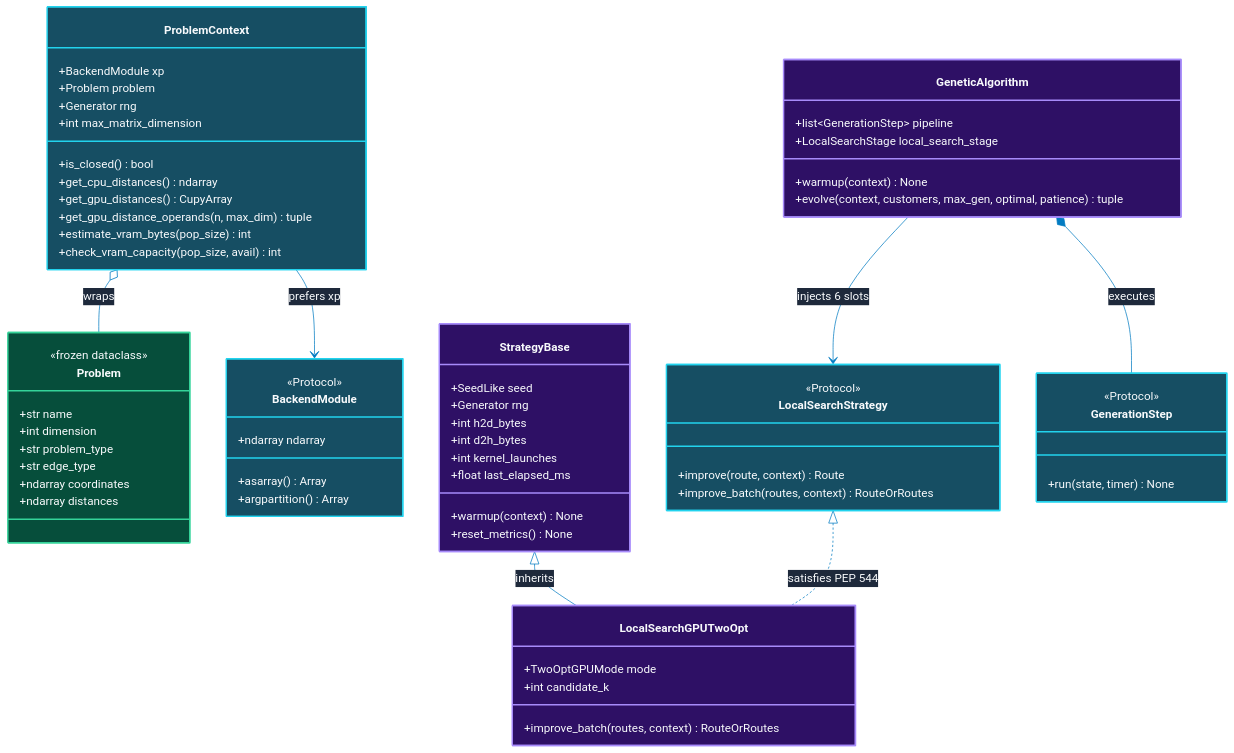
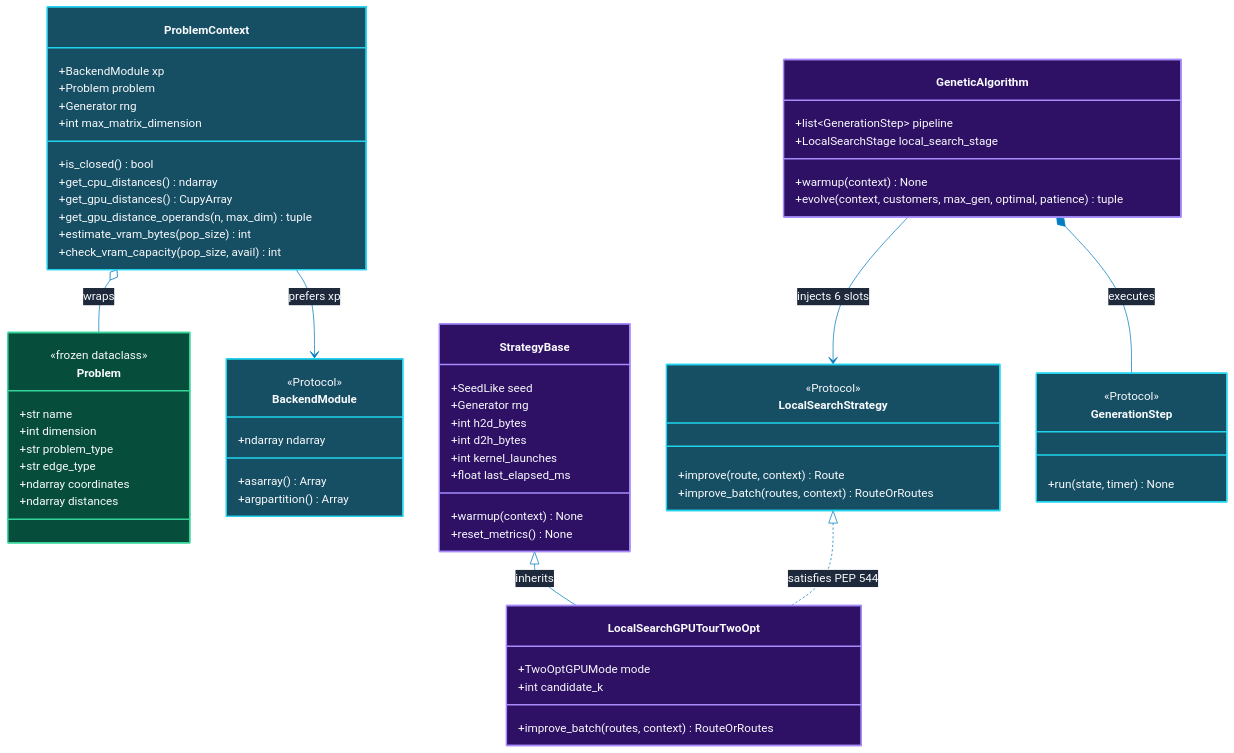
The third of 4 diagrams in documentation/guide-project-architecture-blueprint.md (lucasgaldinos/tsp_gpu_clean), drawn with Mermaid before and after one commit. The commit also changed other lines of this file and 122 other files, not shown here.

```diff
--- a/documentation/guide-project-architecture-blueprint.md
+++ b/documentation/guide-project-architecture-blueprint.md
@@ -367,7 +367,7 @@
         +evolve(context, customers, max_gen, optimal, patience) tuple
     }
 
-    class LocalSearchGPUTwoOpt:::solver {
+    class LocalSearchGPUTourTwoOpt:::solver {
         +TwoOptGPUMode mode
         +int candidate_k
         +improve_batch(routes, context) RouteOrRoutes
@@ -377,8 +377,8 @@
     ProblemContext --> BackendModule : prefers xp
     GeneticAlgorithm *-- GenerationStep : executes
     GeneticAlgorithm --> LocalSearchStrategy : injects 6 slots
-    StrategyBase <|-- LocalSearchGPUTwoOpt : inherits
-    LocalSearchStrategy <|.. LocalSearchGPUTwoOpt : satisfies PEP 544
+    StrategyBase <|-- LocalSearchGPUTourTwoOpt : inherits
+    LocalSearchStrategy <|.. LocalSearchGPUTourTwoOpt : satisfies PEP 544
 
     classDef data fill:#064E3B,stroke:#34D399,color:#F8FAFC,stroke-width:2px;
     classDef proto fill:#164E63,stroke:#22D3EE,color:#F8FAFC,stroke-width:2px;
```
